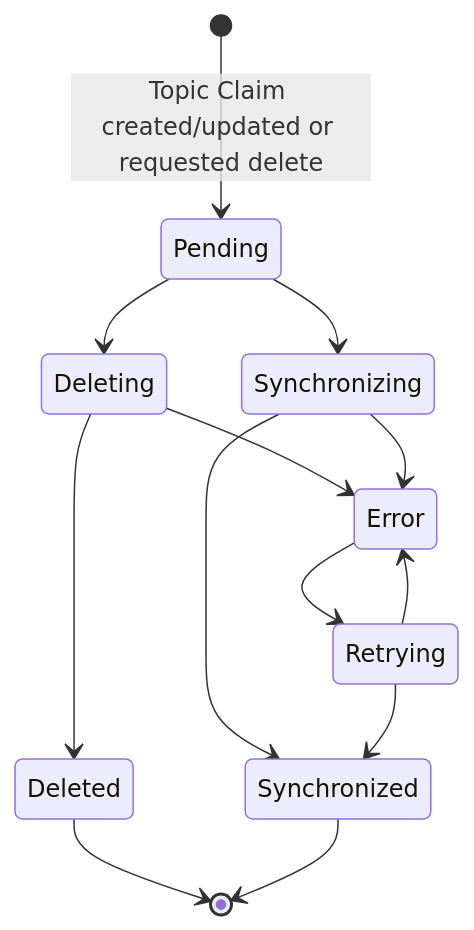
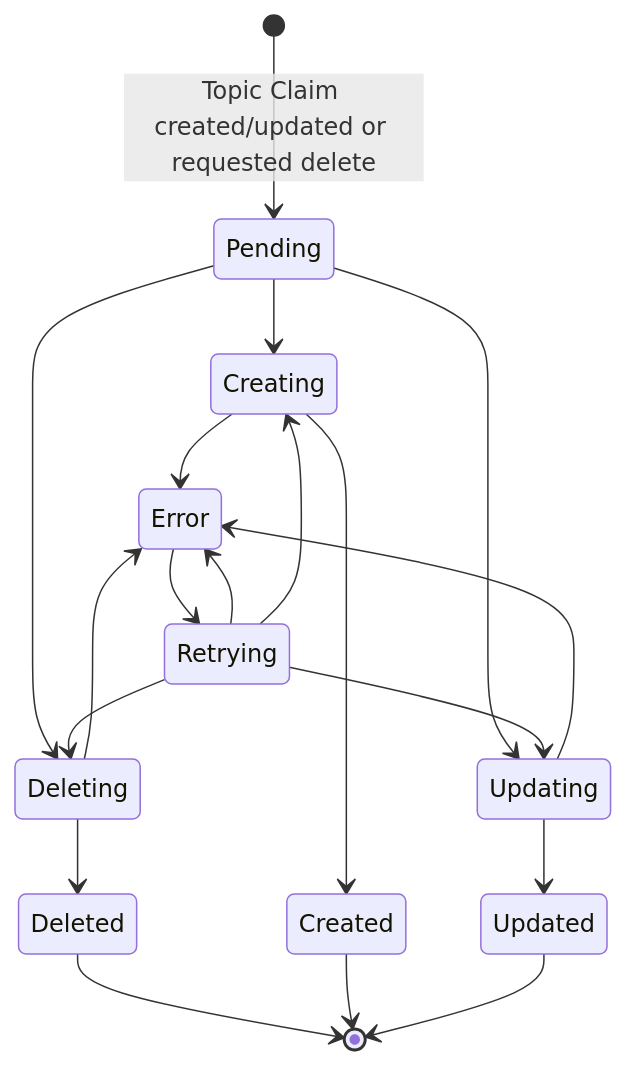
One commit to KafkaMetamorphosis/docs changed the diagram in 003-franz/003.3-topic-claim.md. Above: the diagram before and after it, drawn with Mermaid. The commit also changed other lines of this file, not shown here.

Commit message:
Clarify topic claim definition and update API paths

````diff
--- a/003-franz/003.3-topic-claim.md
+++ b/003-franz/003.3-topic-claim.md
@@ -10,22 +10,27 @@
 ```mermaid
 stateDiagram-v2
     [*]           --> Pending  : Topic Claim created/updated or requested delete
 
-    Pending       --> Synchronizing
+    Pending       --> Creating
     Pending       --> Deleting
+    Pending       --> Updating
 
     Deleting      --> Deleted
-    Deleting --> Error
+    Deleting      --> Error
 
-    Synchronizing --> Error
-    Synchronizing --> Synchronized 
+    Creating      --> Error
+    Creating      --> Created
+
+    Updating      --> Error
+    Updating      --> Updated 
 
     Error         --> Retrying
-
     Retrying      --> Error
-
-    Retrying      --> Synchronized
+    Retrying      --> Creating
+    Retrying      --> Deleting
+    Retrying      --> Updating
     
     Deleted       --> [*]
-    Synchronized  --> [*]
+    Created       --> [*]
+    Updated       --> [*]
 ```
````
